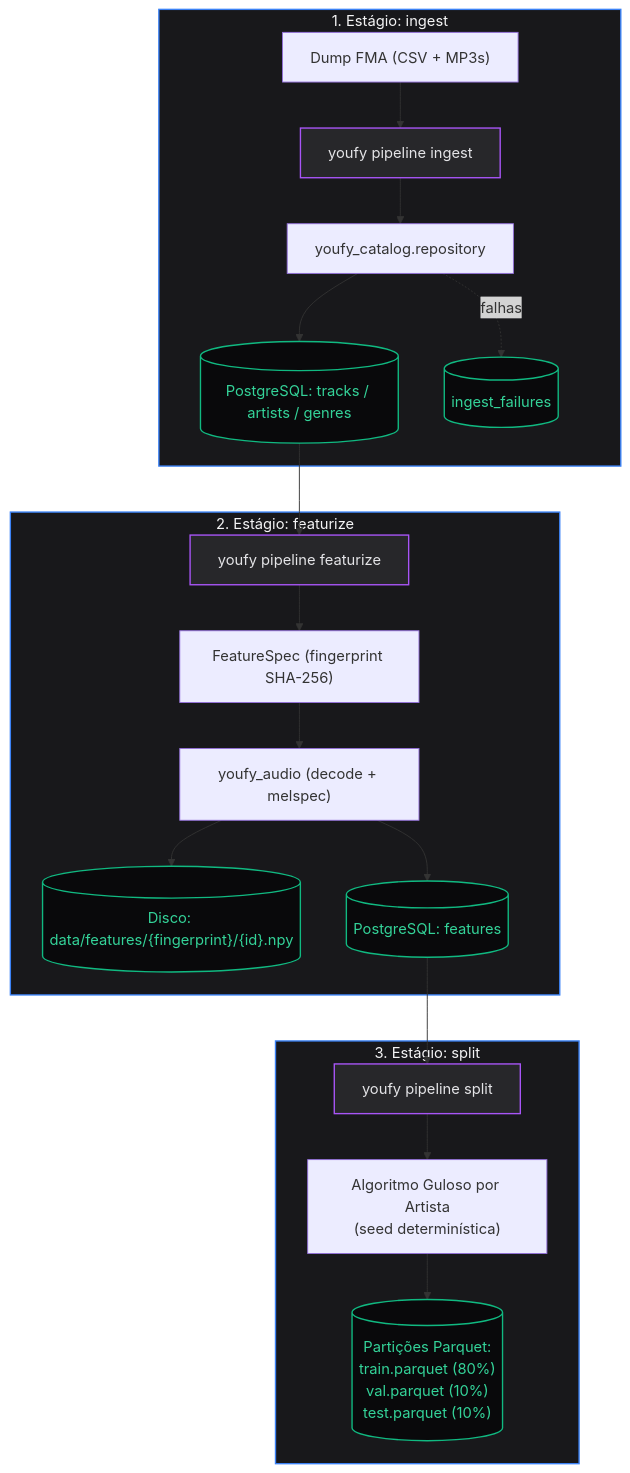
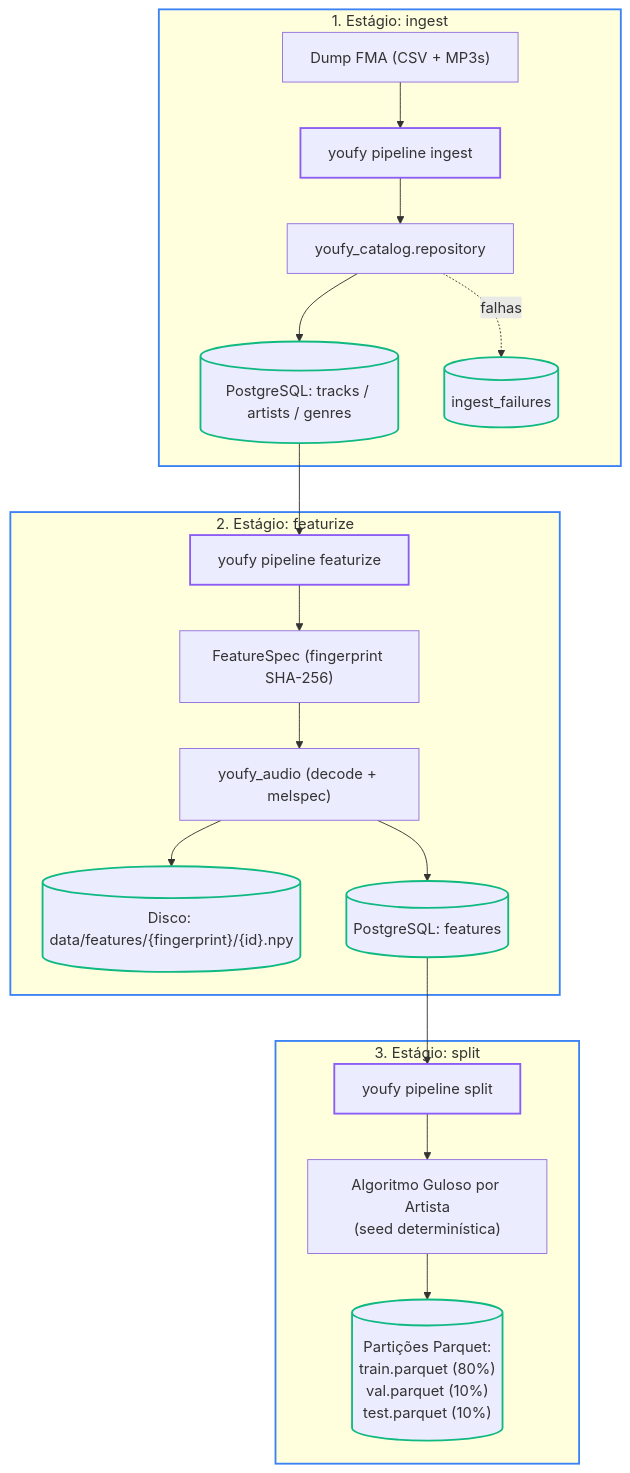
Before and after one commit to Oseiasdfarias/youfy: the diagram in docs/pacotes/pipelines.md, drawn with Mermaid. The commit also changed 7 other files, not shown here.

Commit message:
style(docs): compatibilidade completa dos diagramas mermaid com tema claro e escuro

````diff
--- a/docs/pacotes/pipelines.md
+++ b/docs/pacotes/pipelines.md
@@ -53,30 +53,30 @@
 ```mermaid
 flowchart TD
     subgraph S1["1. Estágio: ingest"]
         FMA["Dump FMA (CSV + MP3s)"] --> CLI1["youfy pipeline ingest"]
         CLI1 --> Repo["youfy_catalog.repository"]
         Repo --> DB[("PostgreSQL: tracks / artists / genres")]
         Repo -. falhas .-> Quarantine[("ingest_failures")]
     end
 
     subgraph S2["2. Estágio: featurize"]
         DB --> CLI2["youfy pipeline featurize"]
         CLI2 --> Spec["FeatureSpec (fingerprint SHA-256)"]
         Spec --> AudioDSP["youfy_audio (decode + melspec)"]
         AudioDSP --> NpyStore[("Disco: data/features/{fingerprint}/{id}.npy")]
         AudioDSP --> DBFeat[("PostgreSQL: features")]
     end
 
     subgraph S3["3. Estágio: split"]
         DBFeat --> CLI3["youfy pipeline split"]
         CLI3 --> Greedy["Algoritmo Guloso por Artista<br/>(seed determinística)"]
         Greedy --> Parquet[("Partições Parquet:<br/>train.parquet (80%)<br/>val.parquet (10%)<br/>test.parquet (10%)")]
     end
 
-    classDef stage fill:#18181b,stroke:#3b82f6,stroke-width:1.5px,color:#f4f4f5;
-    classDef storage fill:#09090b,stroke:#10b981,stroke-width:1.5px,color:#34d399;
-    classDef cli fill:#27272a,stroke:#a855f7,stroke-width:1.5px,color:#e4e4e7;
+    classDef stage stroke:#3b82f6,stroke-width:2px;
+    classDef storage stroke:#10b981,stroke-width:2px;
+    classDef cli stroke:#8b5cf6,stroke-width:2px;
     class S1,S2,S3 stage;
     class DB,Quarantine,NpyStore,DBFeat,Parquet storage;
     class CLI1,CLI2,CLI3 cli;
 ```
````
